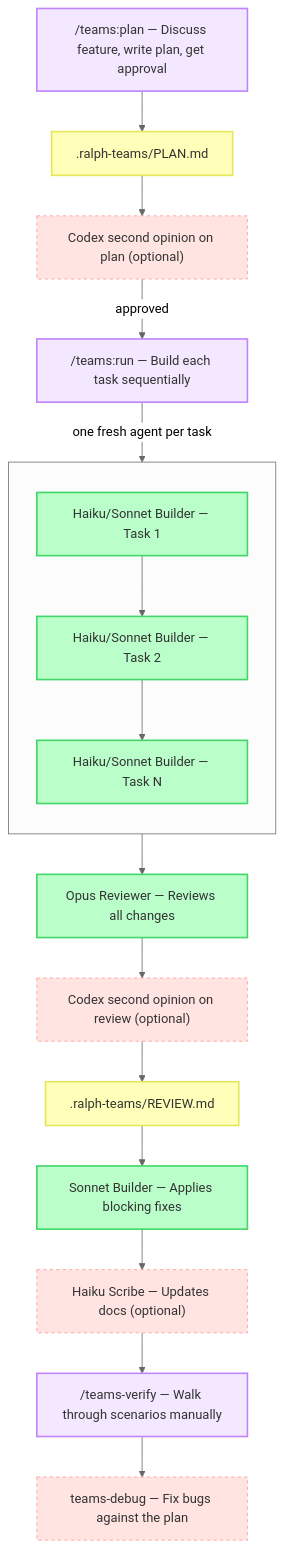
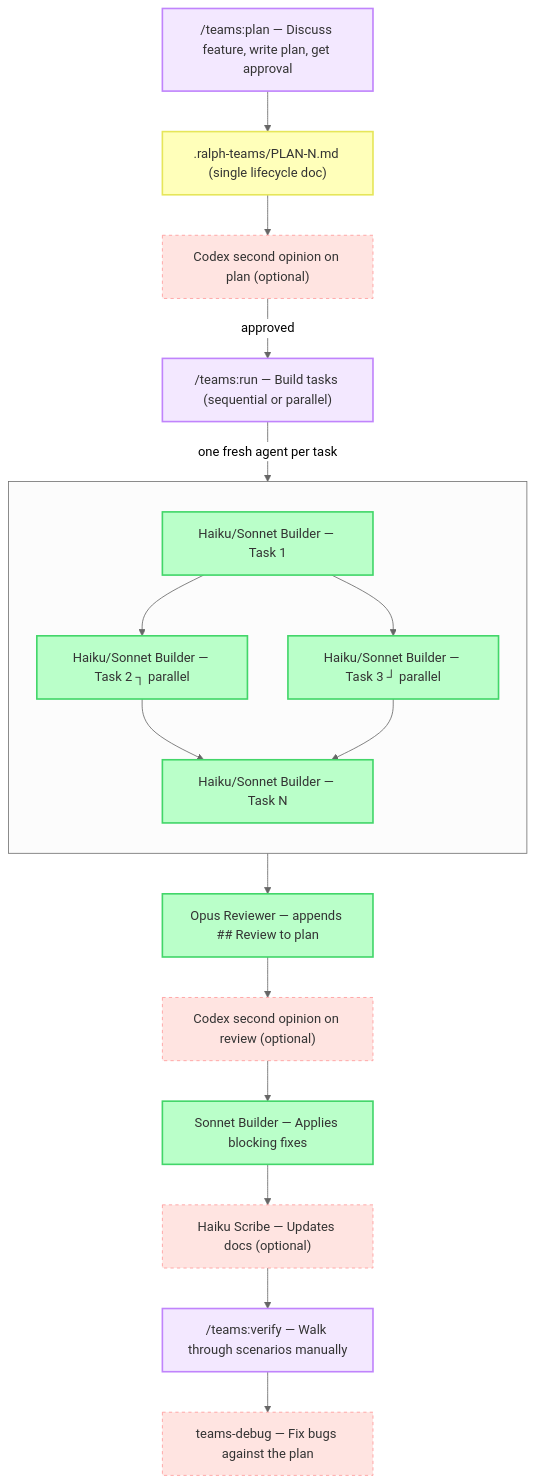
The diagram in README.md (tuansondinh/ralph-teams-claude-plugin), drawn with Mermaid (neutral theme) before and after one commit. The commit also changed other lines of this file and 2 other files, not shown here.

First line of the commit message:
docs: update README, codebase.md, and FLOW.md for v1.4.2

````diff
--- a/README.md
+++ b/README.md
@@ -30,47 +30,49 @@
 ```mermaid
 flowchart TD
     classDef user fill:#ffdfba,stroke:#ffb347,stroke-width:2px,color:#333
     classDef orch fill:#bae1ff,stroke:#5facff,stroke-width:2px,color:#333
     classDef agent fill:#baffc9,stroke:#42d669,stroke-width:2px,color:#333
     classDef doc fill:#ffffba,stroke:#e6e65a,stroke-width:2px,color:#333
     classDef cmd fill:#f3e8ff,stroke:#c084fc,stroke-width:2px,color:#333
     classDef optional fill:#ffe4e1,stroke:#ff9999,stroke-width:1px,stroke-dasharray:4,color:#333
 
     P1["/teams:plan — Discuss feature, write plan, get approval"]:::cmd
-    P[".ralph-teams/PLAN.md"]:::doc
+    P[".ralph-teams/PLAN-N.md (single lifecycle doc)"]:::doc
     CX1["Codex second opinion on plan (optional)"]:::optional
 
     P1 --> P
     P --> CX1
 
-    P2["/teams:run — Build each task sequentially"]:::cmd
+    P2["/teams:run — Build tasks (sequential or parallel)"]:::cmd
 
     CX1 -->|"approved"| P2
 
     subgraph Build[" "]
         direction TB
         B1["Haiku/Sonnet Builder — Task 1"]:::agent
-        B2["Haiku/Sonnet Builder — Task 2"]:::agent
+        B2["Haiku/Sonnet Builder — Task 2 ┐ parallel"]:::agent
+        B3["Haiku/Sonnet Builder — Task 3 ┘ parallel"]:::agent
         BN["Haiku/Sonnet Builder — Task N"]:::agent
-        B1 --> B2 --> BN
+        B1 --> B2
+        B1 --> B3
+        B2 --> BN
+        B3 --> BN
     end
 
     P2 -->|"one fresh agent per task"| Build
 
-    R["Opus Reviewer — Reviews all changes"]:::agent
+    R["Opus Reviewer — appends ## Review to plan"]:::agent
     CX2["Codex second opinion on review (optional)"]:::optional
-    REV[".ralph-teams/REVIEW.md"]:::doc
     BF["Sonnet Builder — Applies blocking fixes"]:::agent
     DOCS["Haiku Scribe — Updates docs (optional)"]:::optional
 
     Build --> R
     R --> CX2
-    CX2 --> REV
-    REV --> BF
+    CX2 --> BF
     BF --> DOCS
 
-    P3["/teams-verify — Walk through scenarios manually"]:::cmd
+    P3["/teams:verify — Walk through scenarios manually"]:::cmd
     DBG["teams-debug — Fix bugs against the plan"]:::optional
     DOCS --> P3
     P3 --> DBG
 ```
````
